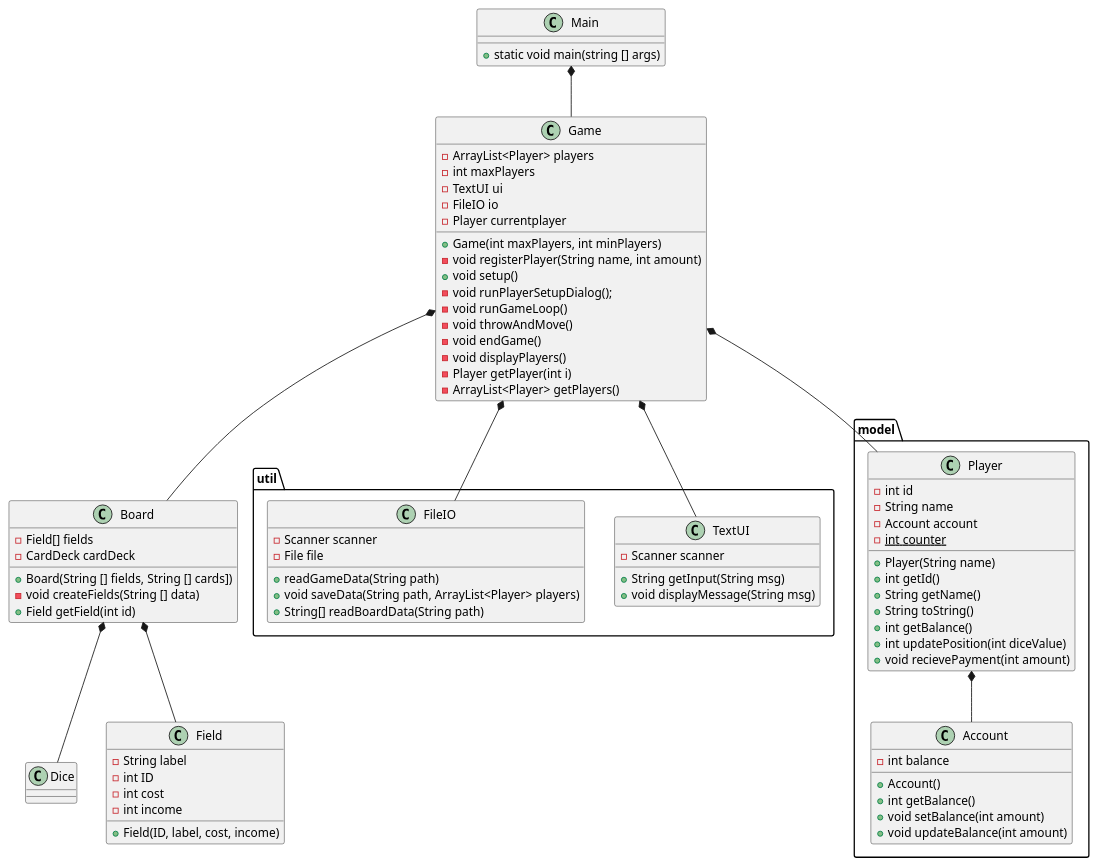
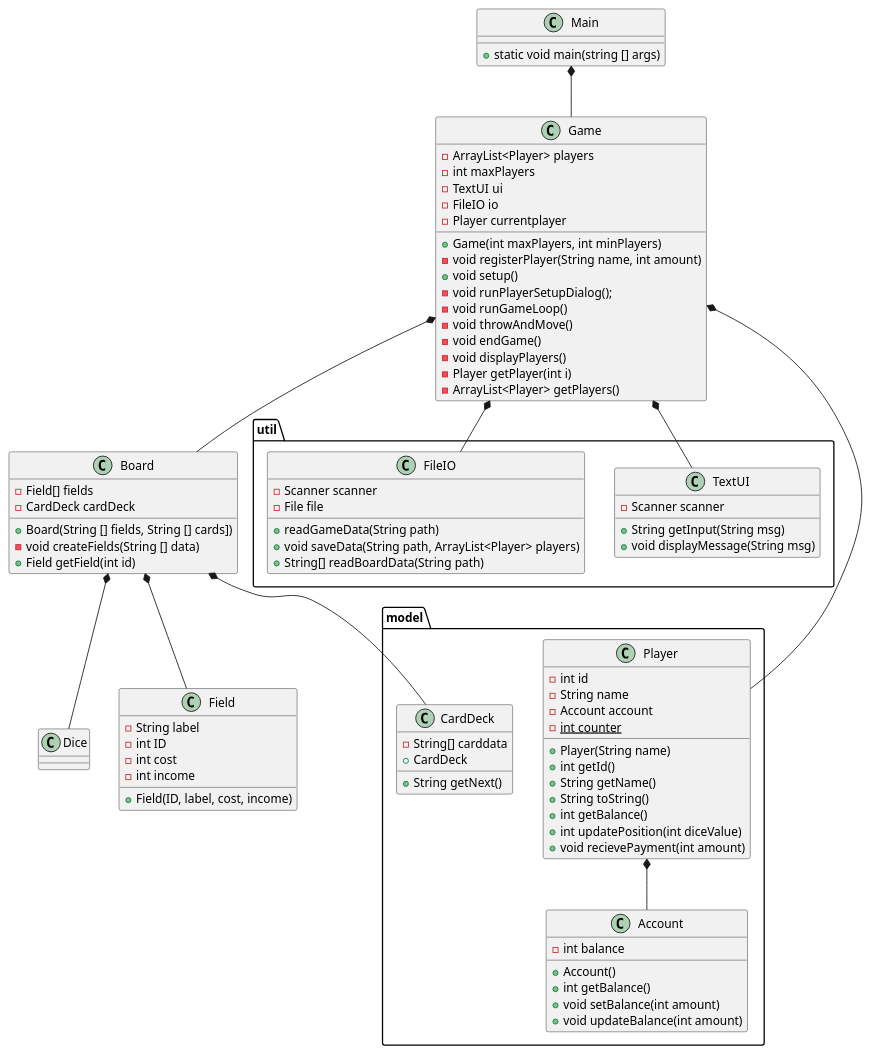
The diagram in doc/classdiagram.puml (babanoelk/Monopoly), drawn with PlantUML before and after one commit. The commit also changed 4 other files, not shown here.

```diff
--- a/doc/classdiagram.puml
+++ b/doc/classdiagram.puml
@@ -1,87 +1,93 @@
 @startuml
 'https://plantuml.com/class-diagram
 
 class Main
 class Game
 
 package "util"{
 class TextUI
 class FileIO
 }
 package "model"{
 class Player
 class Account
+class CardDeck
 }
 class Dice
 class Board
 class Field
 
 Main *-- Game
 Game *-- TextUI
 Game *-- FileIO
 Game *-- Player
 Player *-- Account
 Game *--Board
 Board *-- Dice
 Board *-- Field
+Board *-- CardDeck
 Main : + static void main(string [] args)
 
 
 Player : -int id
 Player  : -String name
 Player  : -Account account
 Player  : -{static} int counter
 Player  : +Player(String name)
 Player  : +int getId()
 Player  : +String getName()
 Player  : +String toString()
 Player  : +int getBalance()
 Player  : +int updatePosition(int diceValue)
 Player  : +void recievePayment(int amount)
 
 
 Account : - int balance
 Account : + Account()
 Account : + int getBalance()
 Account : + void setBalance(int amount)
 Account : + void updateBalance(int amount)
 
 Game : - ArrayList<Player> players
 Game : - int maxPlayers
 Game : - TextUI ui
 Game : - FileIO io
 Game : - Player currentplayer
 Game : + Game(int maxPlayers, int minPlayers)
 Game : - void registerPlayer(String name, int amount)
 Game : + void setup()
 Game : - void runPlayerSetupDialog();
 Game : - void runGameLoop()
 Game : - void throwAndMove()
 Game : - void endGame()
 Game : - void displayPlayers()
 Game : - Player getPlayer(int i)
 Game : - ArrayList<Player> getPlayers()
 
 TextUI : + String getInput(String msg)
 TextUI : - Scanner scanner
 TextUI : + void displayMessage(String msg)
 
 FileIO : - Scanner scanner
 FileIO : - File file
 FileIO : + readGameData(String path)
 FileIO : + void saveData(String path, ArrayList<Player> players)
 FileIO : + String[] readBoardData(String path)
 
 Field : + Field(ID, label, cost, income)
 Field : - String label
 Field : - int ID
 Field : - int cost
 Field : - int income
 
 Board : - Field[] fields
 Board : - CardDeck cardDeck
 Board : + Board(String [] fields, String [] cards])
 Board : - void createFields(String [] data)
 Board : + Field getField(int id)
 
+CardDeck : - String[] carddata
+CardDeck : + CardDeck
+CardDeck : + String getNext()
+
 @enduml
```
